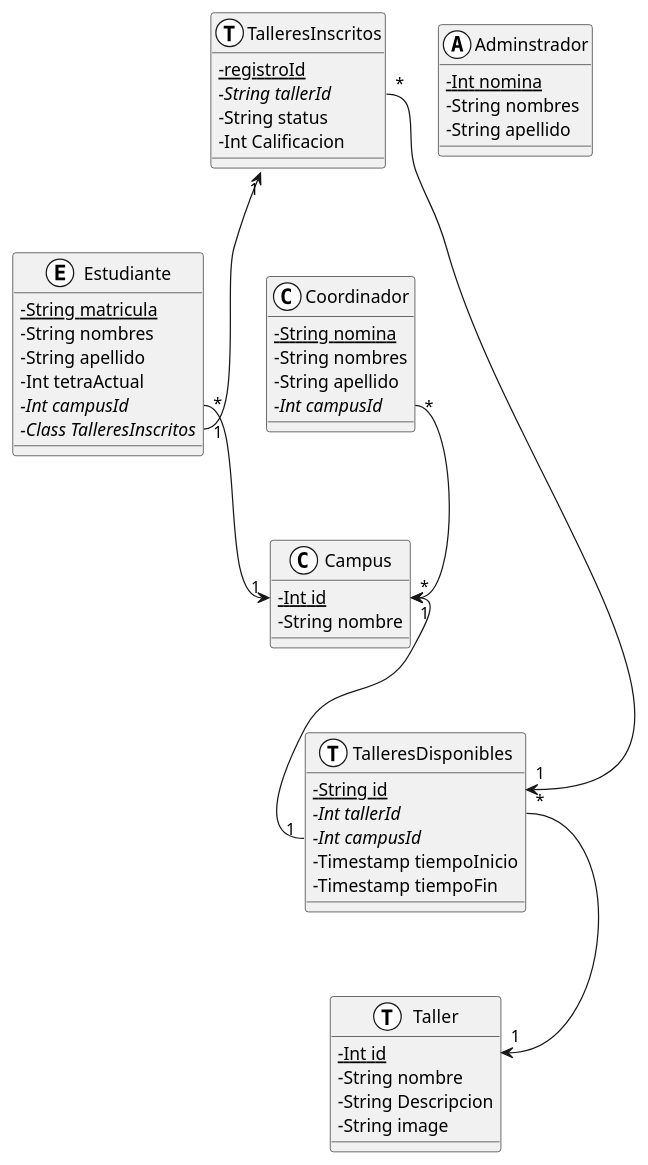
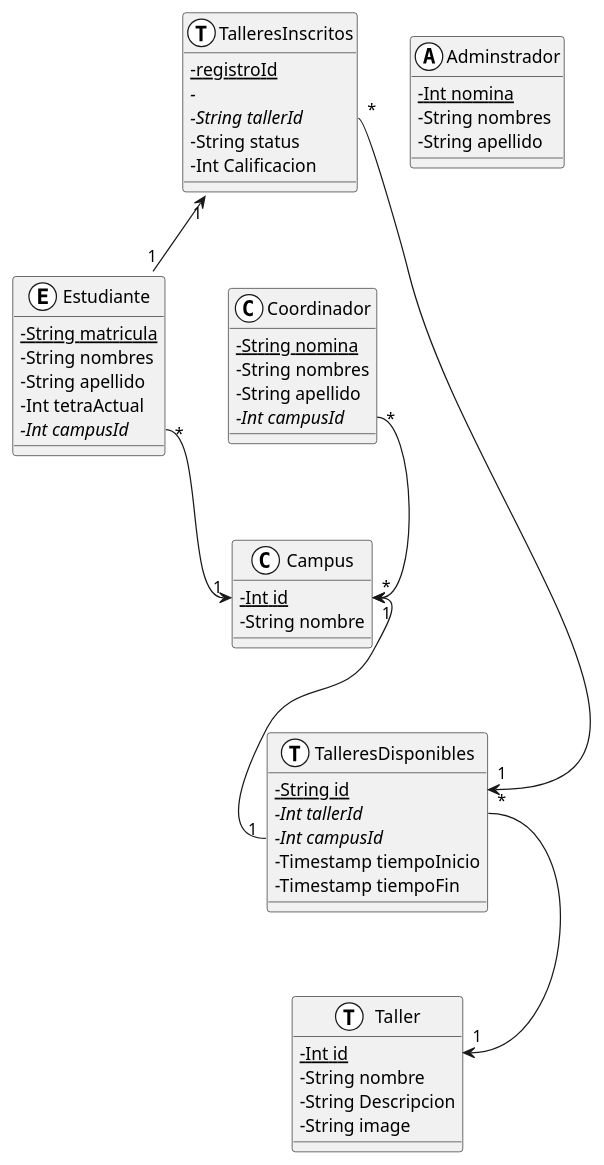
The diagram in Reto/Base de datos.md (facund015/codeRelatedObsidianNotes), drawn with PlantUML before and after one commit. The commit also changed 1 other file, not shown here.

Commit message:
vault backup: 2021-10-22 10:10:23

````diff
--- a/Reto/Base de datos.md
+++ b/Reto/Base de datos.md
@@ -2,64 +2,64 @@
 ```plantuml
 @startuml
 skinparam classAttributeIconSize 0
 
 class Campus <<(C,white)>> {
 	{static} -Int id
 	-String nombre
 }
 class Adminstrador <<(A,white)>> {
 	{static} -Int nomina
 	-String nombres
 	-String apellido
 }
 class Coordinador <<(C,white)>> {
 	{static} -String nomina
 	-String nombres
 	-String apellido
 	{abstract} -Int campusId
 }
 class Estudiante <<(E,white)>> {
 	{static} - String matricula
 	-String nombres
 	-String apellido
 	-Int tetraActual
 	{abstract} -Int campusId
-	{abstract} -Class TalleresInscritos
 }
 class Taller <<(T,white)>> {
     {static} -Int id 
     - String nombre
 	- String Descripcion
     - String image
 }
 class TalleresDisponibles <<(T, white)>> {
 	{static} -String id
 	{abstract} -Int tallerId
 	{abstract} -Int campusId
 	-Timestamp tiempoInicio
 	-Timestamp tiempoFin
 }
 class TalleresInscritos <<(T,white)>> {
 	{static} -registroId 
+	{abstract} -
 	{abstract} -String tallerId
 	-String status
 	-Int Calificacion
 }
 
 
 
 
 
 
 
 
 
 TalleresInscritos "1" <-- "1" Estudiante::TalleresInscritos
 TalleresInscritos::tallerId "*" --> "1" TalleresDisponibles::id
 TalleresDisponibles::tallerId "*" --> "1" Taller::id
 Campus::id "*" <-- "1" TalleresDisponibles::campusId
 Estudiante::campusId "*" --> "1" Campus::id
 Coordinador::campusId "*" --> "1" Campus::id 
 
 @enduml
 ```
````
